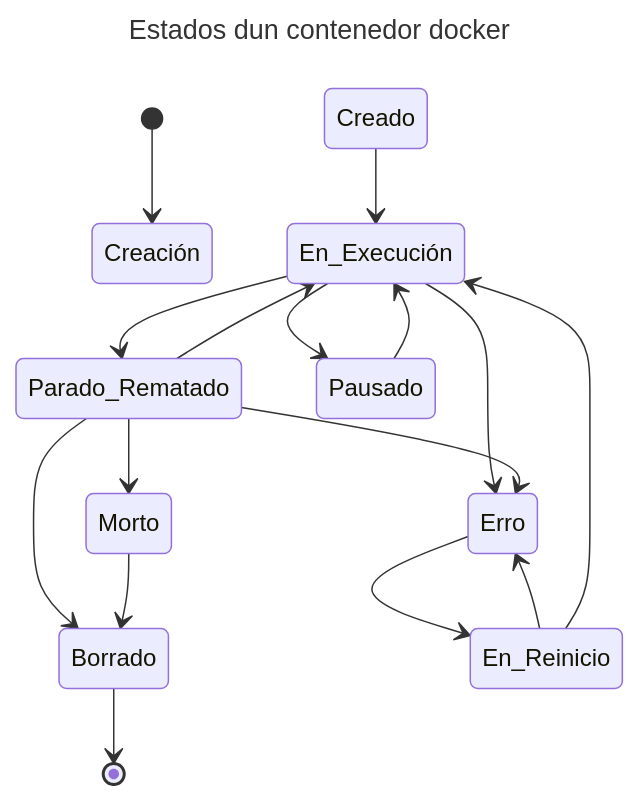
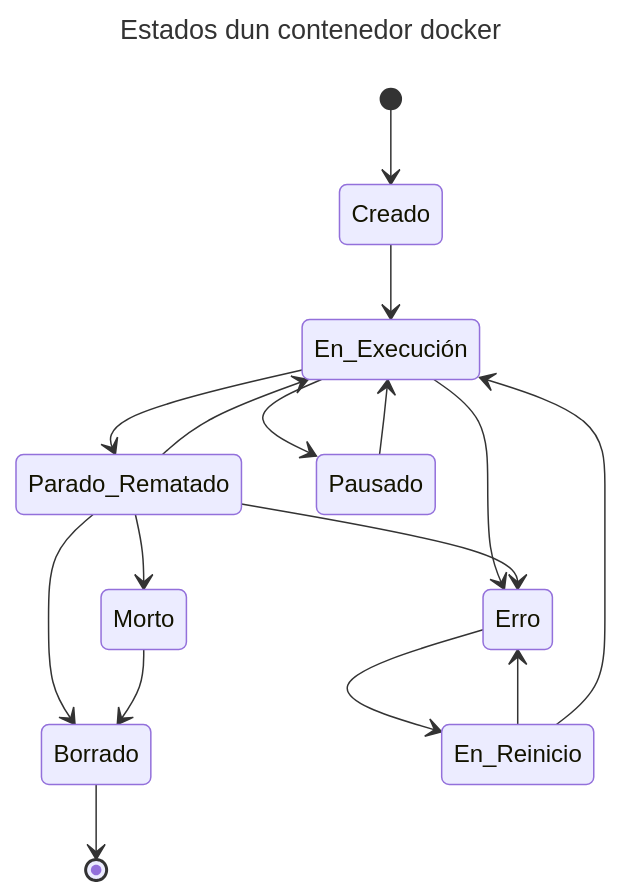
One commit to jfsanchez/docs changed the diagram in docs/docker-base-simple.md. Above: the diagram before and after it, drawn with Mermaid.

````diff
--- a/docs/docker-base-simple.md
+++ b/docs/docker-base-simple.md
@@ -74,22 +74,22 @@
 ``` mermaid
 ---
 title: Estados dun contenedor docker
 ---
 stateDiagram-v2
-    [*] --> Creación
+    [*] --> Creado
     Creado --> En_Execución
     En_Execución --> Parado_Rematado
     En_Execución --> Erro
     En_Execución --> Pausado
     Pausado --> En_Execución
     Parado_Rematado --> Erro
     Parado_Rematado --> En_Execución
     Parado_Rematado --> Borrado
     Parado_Rematado --> Morto
     Erro --> En_Reinicio
     En_Reinicio --> Erro
     En_Reinicio --> En_Execución
     Morto --> Borrado
     Borrado --> [*]
 
 ```
````
